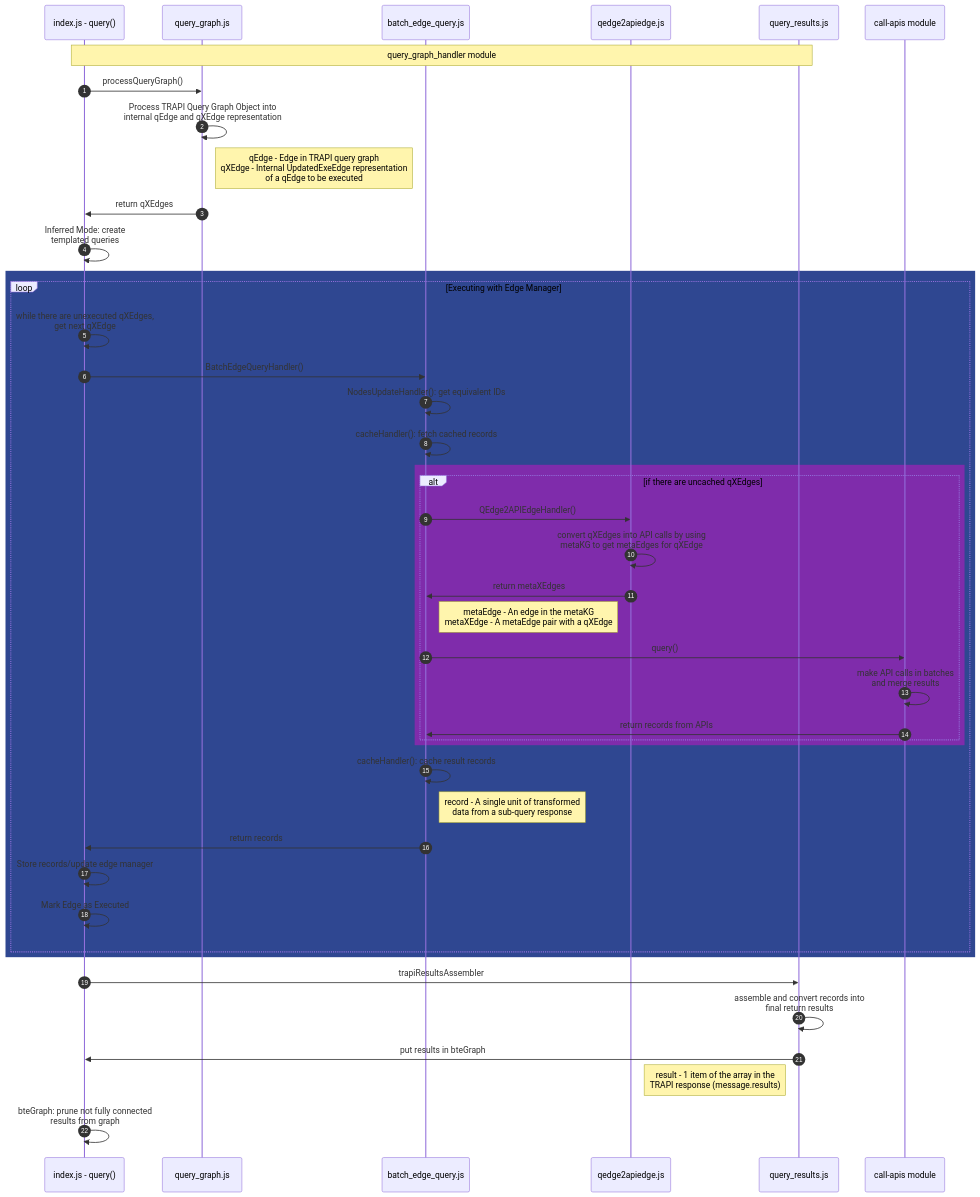
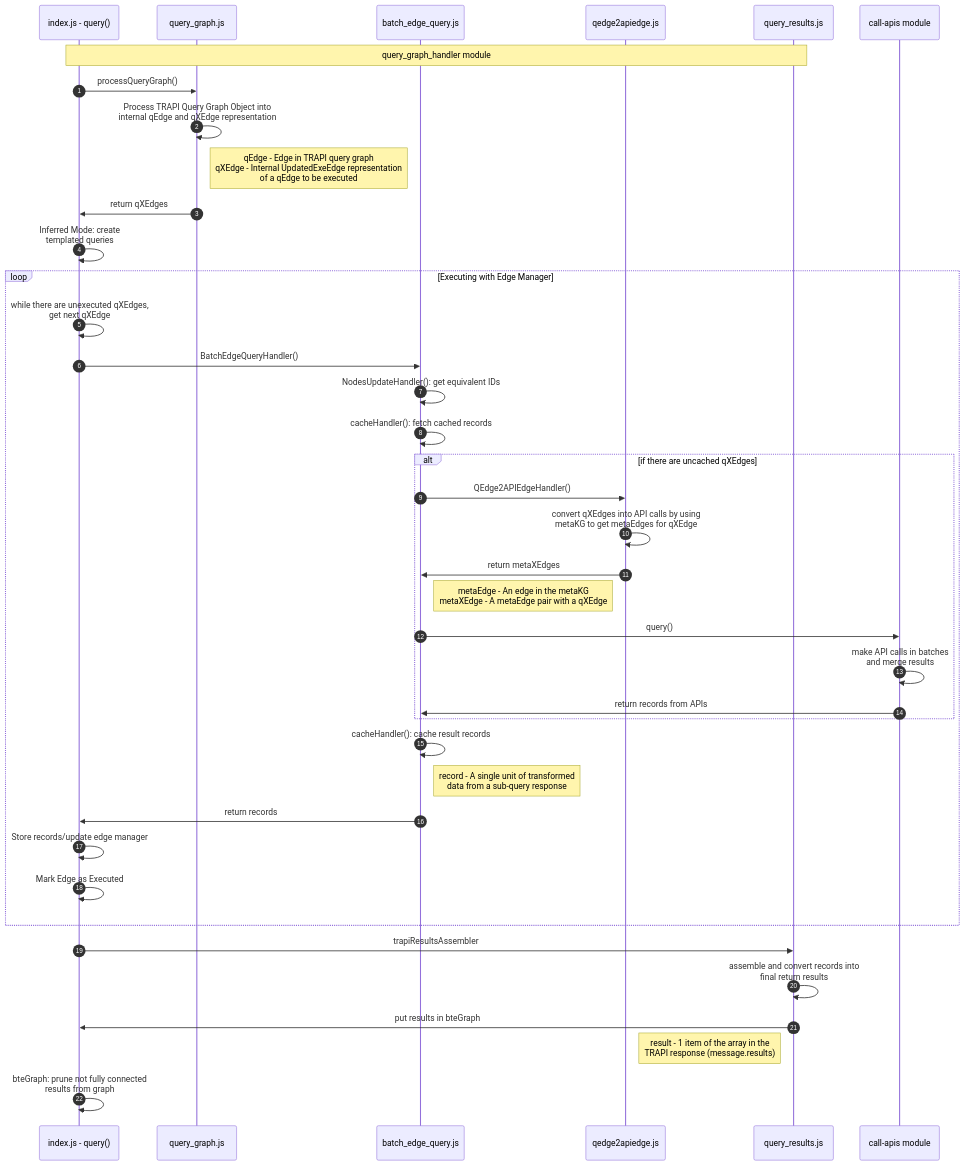
Before and after one commit to biothings/biothings_explorer: the diagram in README.md, drawn with Mermaid.

Commit message:
fix: remove color

````diff
--- a/README.md
+++ b/README.md
@@ -23,55 +23,51 @@
 ```mermaid
 sequenceDiagram
 autonumber
 participant I as index.js - query()
 participant QG as query_graph.js 
 participant BEQ as batch_edge_query.js
 participant Q2A as qedge2apiedge.js
 participant R as query_results.js
 participant C as call-apis module
 
 note over I, R: query_graph_handler module
 
 I->>QG: processQueryGraph()
 QG->>QG: Process TRAPI Query Graph Object into <br/> internal qEdge and qXEdge representation
 note right of QG: qEdge - Edge in TRAPI query graph <br/> qXEdge - Internal UpdatedExeEdge representation <br/> of a qEdge to be executed
 QG->>I: return qXEdges
 
 I->>I: Inferred Mode: create <br/> templated queries
 
-rect rgb(47, 71, 145)
 loop Executing with Edge Manager
 I->>I: while there are unexecuted qXEdges, <br/> get next qXEdge
 
 I->>BEQ: BatchEdgeQueryHandler()
 BEQ->>BEQ: NodesUpdateHandler(): get equivalent IDs
 BEQ->>BEQ: cacheHandler(): fetch cached records
 
-rect rgb(127, 44, 171)
 alt if there are uncached qXEdges
 BEQ->>Q2A: QEdge2APIEdgeHandler()
 Q2A->>Q2A: convert qXEdges into API calls by using <br/> metaKG to get metaEdges for qXEdge
 Q2A->>BEQ: return metaXEdges
 note right of BEQ: metaEdge - An edge in the metaKG <br/> metaXEdge - A metaEdge pair with a qXEdge
 BEQ->>C: query()
 C->>C: make API calls in batches <br/> and merge results
 C->>BEQ: return records from APIs
-end
 end
 
 BEQ->>BEQ: cacheHandler(): cache result records
 note right of BEQ: record - A single unit of transformed <br/> data from a sub-query response
 
 BEQ->>I: return records
 
 I->>I: Store records/update edge manager
 I->>I: Mark Edge as Executed
 end
-end
 
 I->>R: trapiResultsAssembler
 R->>R: assemble and convert records into <br/> final return results
 R->>I: put results in bteGraph
 note left of R: result - 1 item of the array in the <br/> TRAPI response (message.results)
 I->>I: bteGraph: prune not fully connected <br/> results from graph
 ```
````
